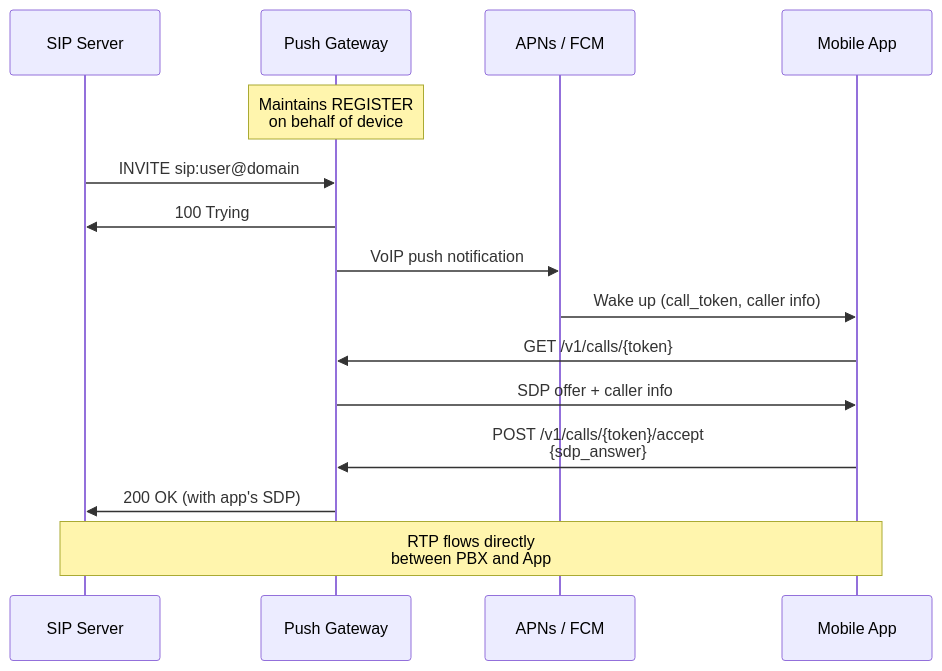
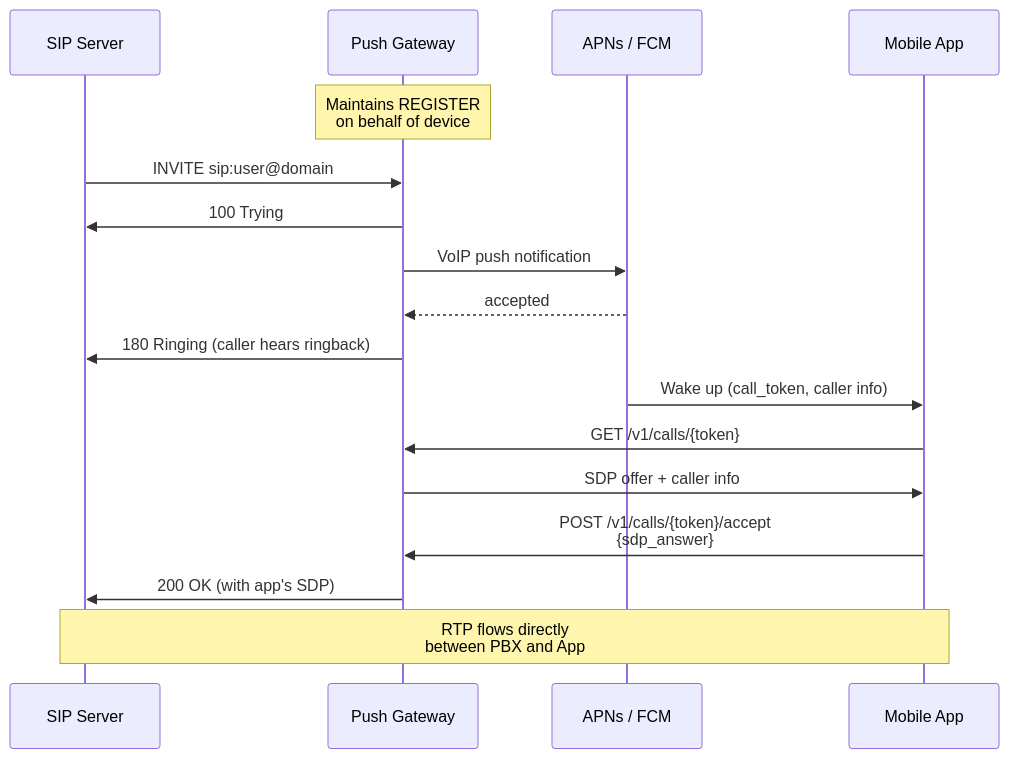
The second of 2 diagrams in README.md (5060-Solutions/aria-push-gateway), drawn with Mermaid before and after one commit. The commit also changed other lines of this file and 4 other files, not shown here.

````diff
--- a/README.md
+++ b/README.md
@@ -47,23 +47,25 @@
 ```mermaid
 sequenceDiagram
     participant PBX as SIP Server
     participant GW as Push Gateway
     participant Push as APNs / FCM
     participant App as Mobile App
 
     Note over GW: Maintains REGISTER<br/>on behalf of device
 
     PBX->>GW: INVITE sip:user@domain
     GW->>PBX: 100 Trying
 
     GW->>Push: VoIP push notification
+    Push-->>GW: accepted
+    GW->>PBX: 180 Ringing (caller hears ringback)
     Push->>App: Wake up (call_token, caller info)
 
     App->>GW: GET /v1/calls/{token}
     GW->>App: SDP offer + caller info
 
     App->>GW: POST /v1/calls/{token}/accept<br/>{sdp_answer}
     GW->>PBX: 200 OK (with app's SDP)
 
     Note over PBX,App: RTP flows directly<br/>between PBX and App
 ```
````
